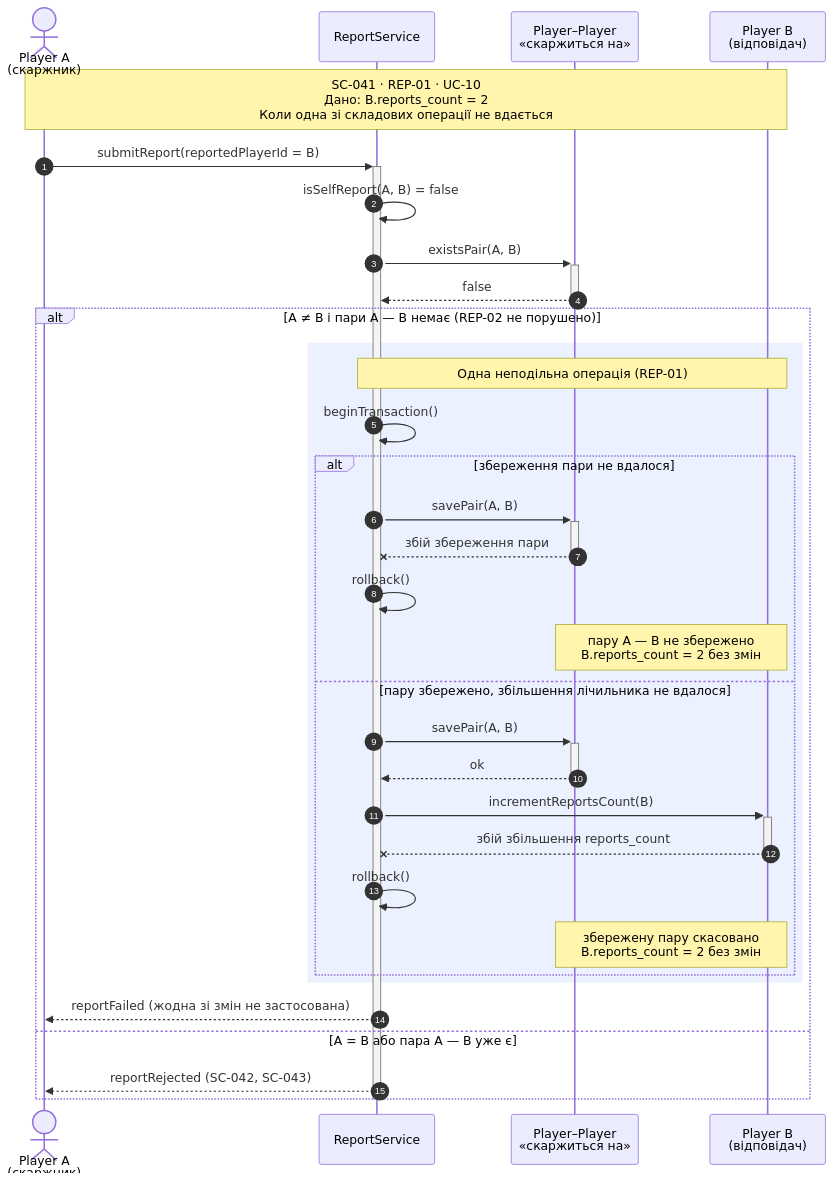
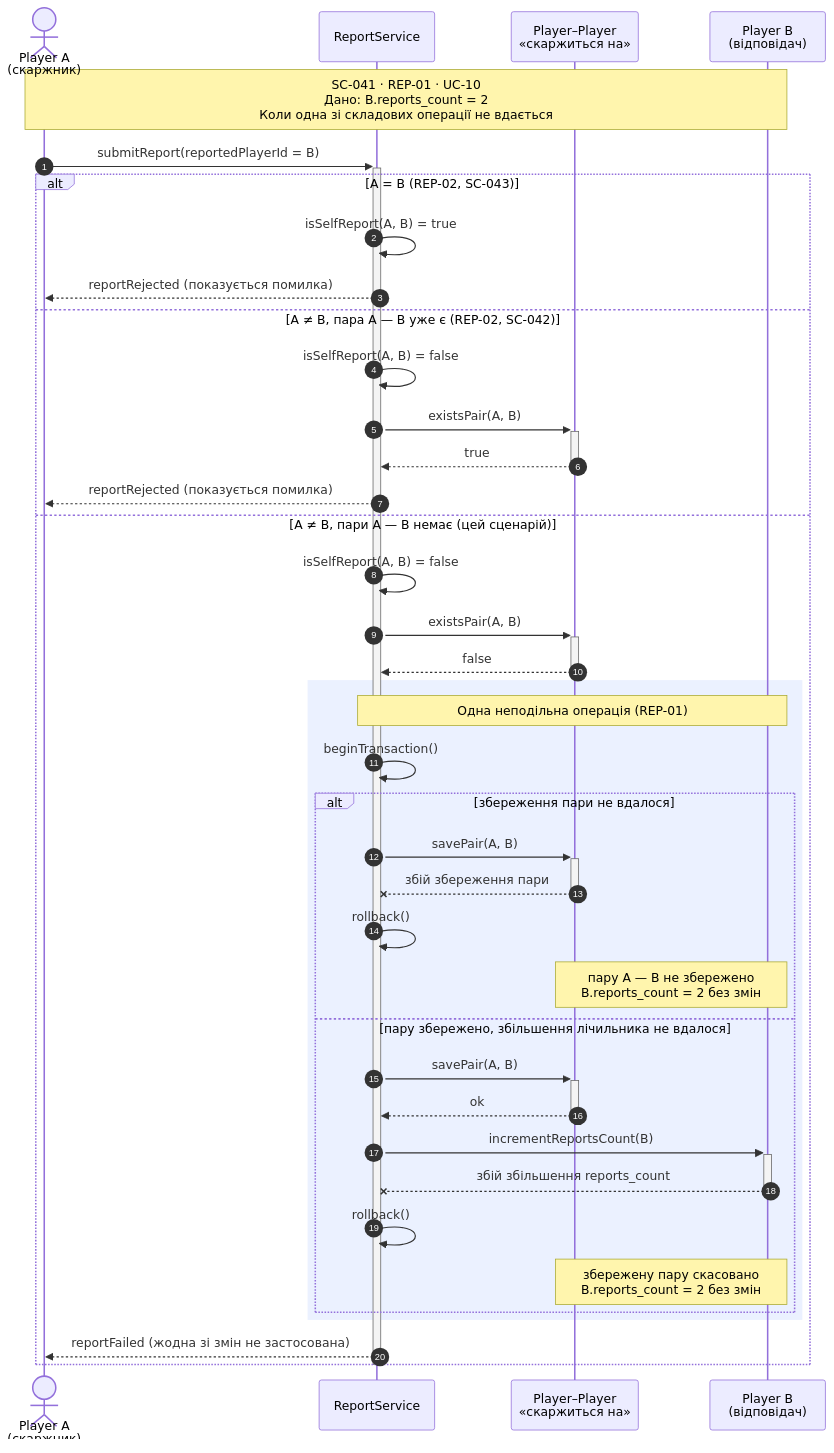
One commit to Honike-1/KPI2 changed the diagram in lab3/diagrams/sequence-041.mmd. Above: the diagram before and after it, drawn with Mermaid. The commit also changed 13 other files, not shown here.

Commit message:
docs: rework diagrams

```diff
--- a/lab3/diagrams/sequence-041.mmd
+++ b/lab3/diagrams/sequence-041.mmd
@@ -1,37 +1,44 @@
 sequenceDiagram
     autonumber
     actor A as Player A<br/>(скаржник)
     participant RS as ReportService
     participant REL as Player–Player<br/>«скаржиться на»
     participant PB as Player B<br/>(відповідач)
 
+
     Note over A,PB: SC-041 · REP-01 · UC-10<br/>Дано: B.reports_count = 2<br/>Коли одна зі складових операції не вдається
     A->>+RS: submitReport(reportedPlayerId = B)
-    RS->>RS: isSelfReport(A, B) = false
-    RS->>+REL: existsPair(A, B)
-    REL-->>-RS: false
-    alt A ≠ B і пари A — B немає (REP-02 не порушено)
+    alt A = B (REP-02, SC-043)
+        RS->>RS: isSelfReport(A, B) = true
+        RS-->>A: reportRejected (показується помилка)
+    else A ≠ B, пара A — B уже є (REP-02, SC-042)
+        RS->>RS: isSelfReport(A, B) = false
+        RS->>+REL: existsPair(A, B)
+        REL-->>-RS: true
+        RS-->>A: reportRejected (показується помилка)
+    else A ≠ B, пари A — B немає (цей сценарій)
+        RS->>RS: isSelfReport(A, B) = false
+        RS->>+REL: existsPair(A, B)
+        REL-->>-RS: false
         rect rgba(120, 160, 255, 0.15)
             Note over RS,PB: Одна неподільна операція (REP-01)
             RS->>RS: beginTransaction()
             alt збереження пари не вдалося
                 RS->>+REL: savePair(A, B)
                 REL--xRS: збій збереження пари
                 deactivate REL
                 RS->>RS: rollback()
                 Note over REL,PB: пару A — B не збережено<br/>B.reports_count = 2 без змін
             else пару збережено, збільшення лічильника не вдалося
                 RS->>+REL: savePair(A, B)
                 REL-->>-RS: ok
                 RS->>+PB: incrementReportsCount(B)
                 PB--xRS: збій збільшення reports_count
                 deactivate PB
                 RS->>RS: rollback()
                 Note over REL,PB: збережену пару скасовано<br/>B.reports_count = 2 без змін
             end
         end
         RS-->>A: reportFailed (жодна зі змін не застосована)
-    else A = B або пара A — B уже є
-        RS-->>A: reportRejected (SC-042, SC-043)
     end
     deactivate RS
```
